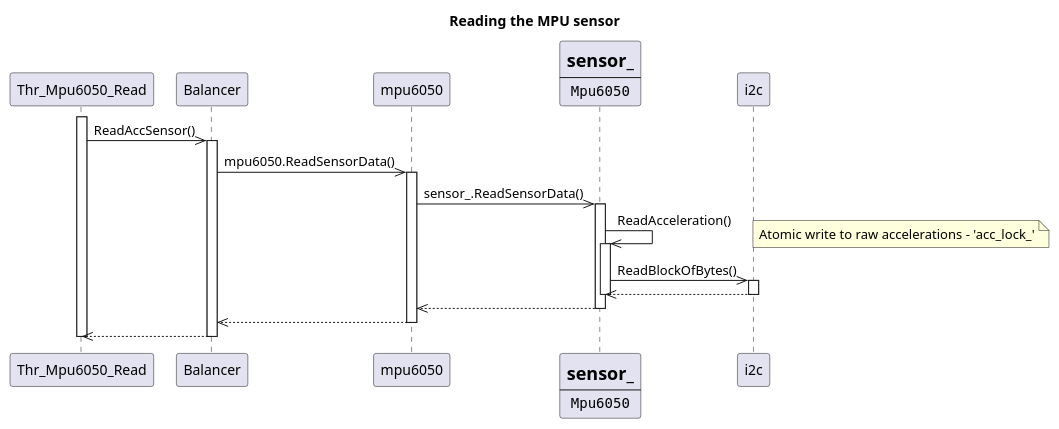
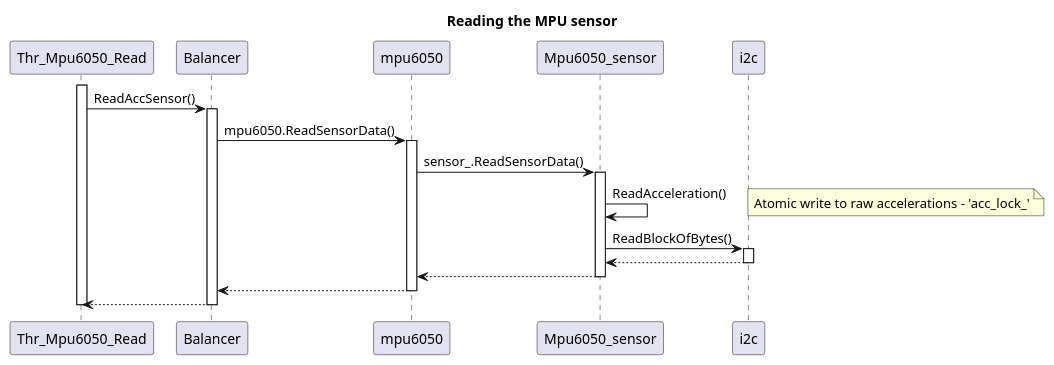
The second of 3 diagrams in docs/software-design/main_unit-mpu6050.md (inpgbburda/FlyMatic), drawn with PlantUML before and after one commit. The commit also changed other lines of this file, not shown here.

Commit message:
Simplify a bit the mpu6050 diagrams for stability

````diff
--- a/docs/software-design/main_unit-mpu6050.md
+++ b/docs/software-design/main_unit-mpu6050.md
@@ -76,39 +76,34 @@
 ```puml
 @startuml
 title Reading the MPU sensor
 
 participant "Thr_Mpu6050_Read"  as Thr_Mpu6050_Read
 participant "Balancer"          as Balancer
 participant "mpu6050"          as mpu6050
-participant Mpu6050_sensor [
-    =sensor_
-    ----
-    ""Mpu6050""
-]
+participant "Mpu6050_sensor" as Mpu6050_sensor
 participant "i2c"               as i2c
 
 activate Thr_Mpu6050_Read
-Thr_Mpu6050_Read ->> Balancer : ReadAccSensor()
+Thr_Mpu6050_Read -> Balancer : ReadAccSensor()
 activate Balancer
-Balancer ->> mpu6050: mpu6050.ReadSensorData()
+Balancer -> mpu6050: mpu6050.ReadSensorData()
 activate mpu6050
-mpu6050 ->> Mpu6050_sensor:         sensor_.ReadSensorData()
+mpu6050 -> Mpu6050_sensor: sensor_.ReadSensorData()
 activate Mpu6050_sensor
-Mpu6050_sensor ->> Mpu6050_sensor: ReadAcceleration()
+Mpu6050_sensor -> Mpu6050_sensor: ReadAcceleration()
 note right: Atomic write to raw accelerations - 'acc_lock_'
-activate Mpu6050_sensor
-Mpu6050_sensor ->> i2c:             ReadBlockOfBytes()
+Mpu6050_sensor -> i2c: ReadBlockOfBytes()
 activate i2c
-i2c -->> Mpu6050_sensor
+i2c --> Mpu6050_sensor
+deactivate i2c
+Mpu6050_sensor --> mpu6050
 deactivate Mpu6050_sensor
-deactivate i2c
-Mpu6050_sensor -->> mpu6050
-deactivate Mpu6050_sensor
-mpu6050 -->> Balancer
+mpu6050 --> Balancer
 deactivate mpu6050
-Balancer -->> Thr_Mpu6050_Read:
+Balancer --> Thr_Mpu6050_Read
+
 deactivate Balancer
 deactivate Thr_Mpu6050_Read
 
 @enduml
 ```
````
